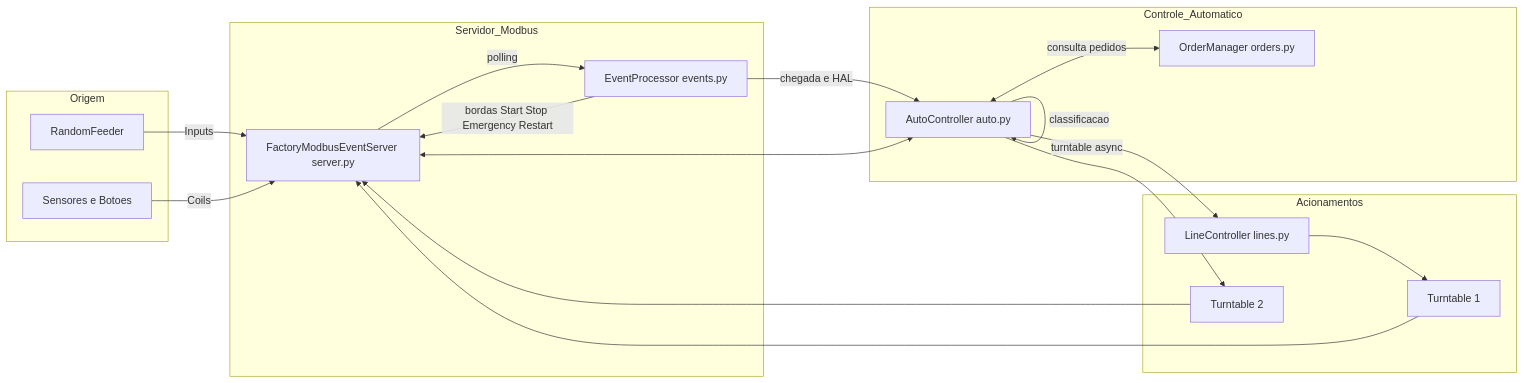
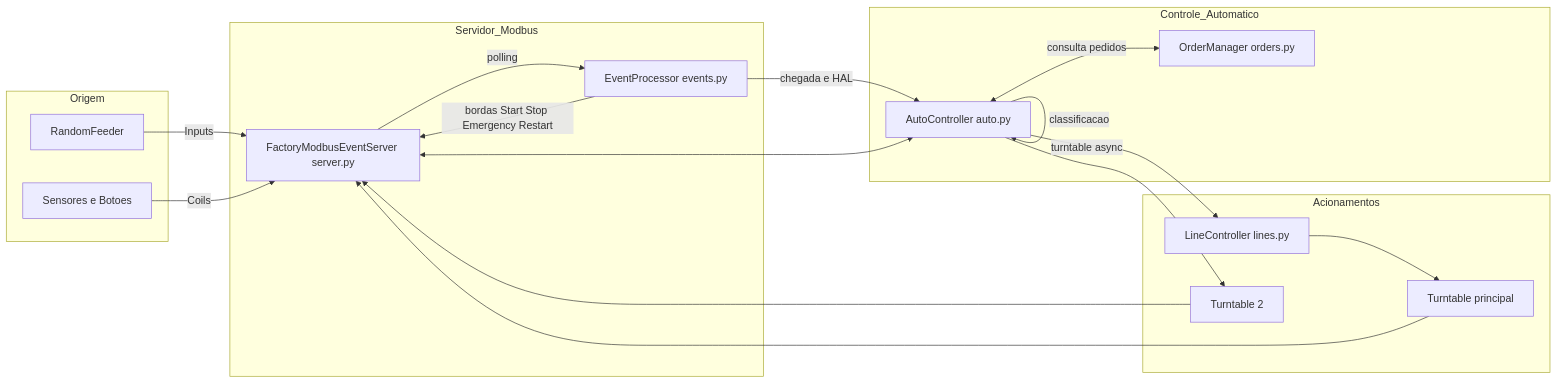
The diagram in New Project/Readme.md (RodSalg/activity-2-modbus-and-factoryIO-Staudinger_plant_protocols), drawn with Mermaid before and after one commit. The commit also changed other lines of this file and 6 other files, not shown here.

````diff
--- a/New Project/Readme.md
+++ b/New Project/Readme.md
@@ -52,43 +52,43 @@
 ```mermaid
 flowchart LR
     subgraph Origem
       RF[RandomFeeder]
       HW[Sensores e Botoes]
     end
 
     subgraph Servidor_Modbus
       EV[EventProcessor events.py]
       SRV[FactoryModbusEventServer server.py]
     end
 
     subgraph Controle_Automatico
       AUTO[AutoController auto.py]
       ORD[OrderManager orders.py]
     end
 
     subgraph Acionamentos
       LINES[LineController lines.py]
-      TT1[Turntable 1]
+      TT[Turntable principal]
       TT2[Turntable 2]
     end
 
     RF -->|Inputs| SRV
     HW -->|Coils| SRV
 
     SRV -->|polling| EV
     EV -->|bordas Start Stop Emergency Restart| SRV
     EV -->|chegada e HAL| AUTO
 
     AUTO -->|turntable async| LINES
     AUTO -->|hal sequence| AUTO
     AUTO -->|classificacao| AUTO
     AUTO <-->|consulta pedidos| ORD
 
-    LINES --> TT1
+    LINES --> TT
     AUTO --> TT2
 
-    TT1 --> SRV
+    TT --> SRV
     TT2 --> SRV
 
     SRV <--> AUTO
 ```
````
